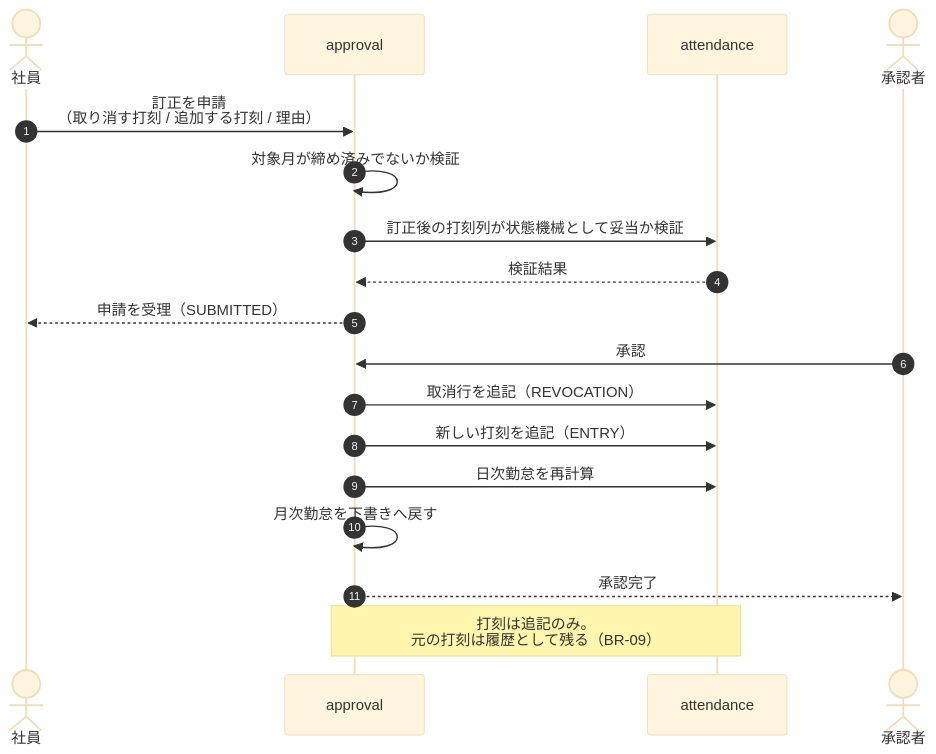
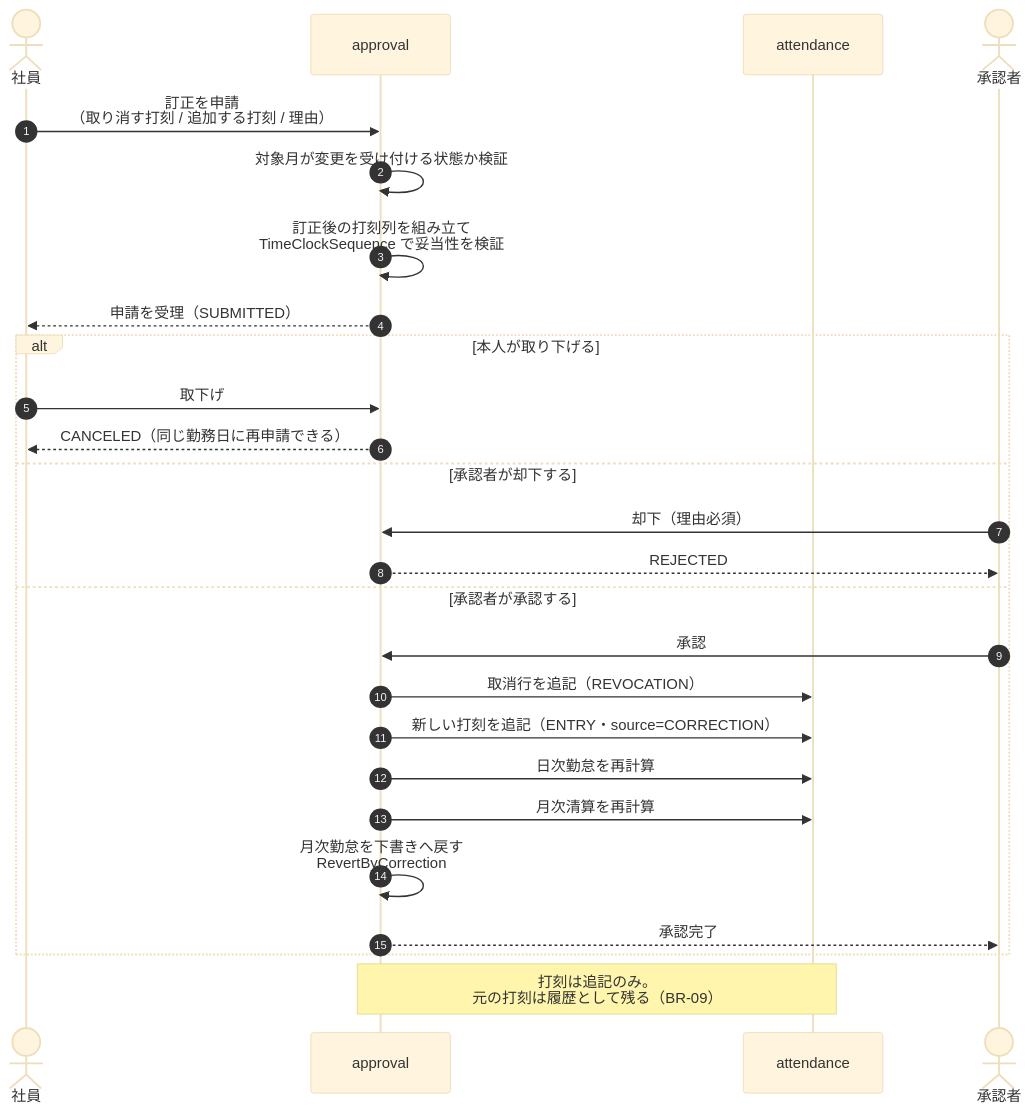
One commit to masaki-i02/newJavaProject changed the diagram in doc/02_詳細設計/05_申請承認と締め/diagrams/打刻訂正のフロー.mmd. Above: the diagram before and after it, drawn with Mermaid (base theme). The commit also changed 14 other files, not shown here.

```diff
--- a/doc/02_詳細設計/05_申請承認と締め/diagrams/打刻訂正のフロー.mmd
+++ b/doc/02_詳細設計/05_申請承認と締め/diagrams/打刻訂正のフロー.mmd
@@ -1,21 +1,29 @@
 sequenceDiagram
     autonumber
     actor E as 社員
     participant A as approval
     participant T as attendance
     actor M as 承認者
 
     E->>A: 訂正を申請<br/>（取り消す打刻 / 追加する打刻 / 理由）
-    A->>A: 対象月が締め済みでないか検証
-    A->>T: 訂正後の打刻列が状態機械として妥当か検証
-    T-->>A: 検証結果
+    A->>A: 対象月が変更を受け付ける状態か検証
+    A->>A: 訂正後の打刻列を組み立て<br/>TimeClockSequence で妥当性を検証
     A-->>E: 申請を受理（SUBMITTED）
 
-    M->>A: 承認
-    A->>T: 取消行を追記（REVOCATION）
-    A->>T: 新しい打刻を追記（ENTRY）
-    A->>T: 日次勤怠を再計算
-    A->>A: 月次勤怠を下書きへ戻す
-    A-->>M: 承認完了
+    alt 本人が取り下げる
+        E->>A: 取下げ
+        A-->>E: CANCELED（同じ勤務日に再申請できる）
+    else 承認者が却下する
+        M->>A: 却下（理由必須）
+        A-->>M: REJECTED
+    else 承認者が承認する
+        M->>A: 承認
+        A->>T: 取消行を追記（REVOCATION）
+        A->>T: 新しい打刻を追記（ENTRY・source=CORRECTION）
+        A->>T: 日次勤怠を再計算
+        A->>T: 月次清算を再計算
+        A->>A: 月次勤怠を下書きへ戻す<br/>RevertByCorrection
+        A-->>M: 承認完了
+    end
 
     Note over A,T: 打刻は追記のみ。<br/>元の打刻は履歴として残る（BR-09）
```
